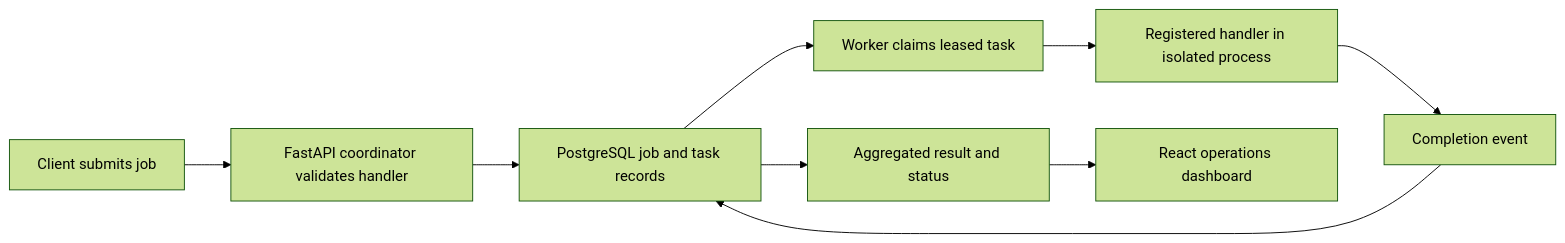
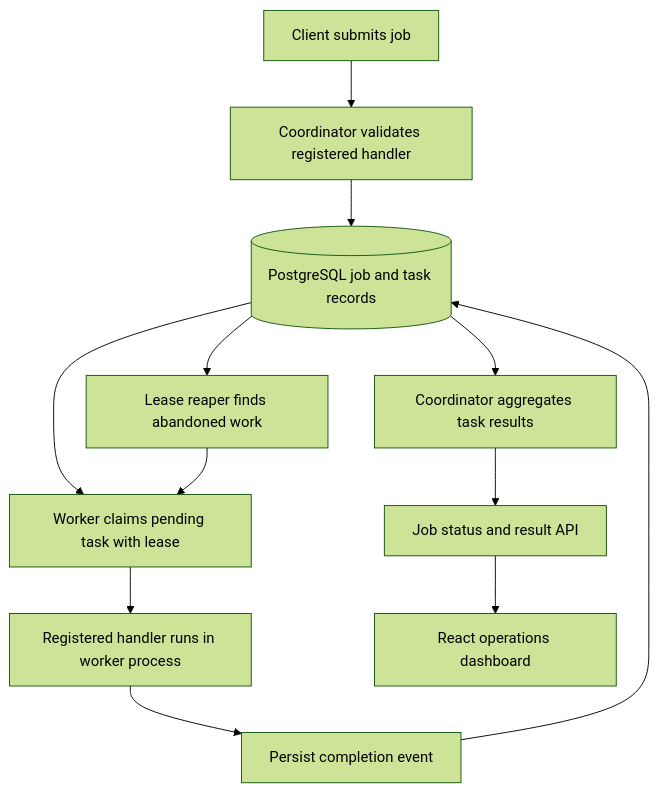
Before and after one commit to nihalmachhi/MeshCompute: the diagram in README.md, drawn with Mermaid (forest theme).

Commit message:
docs: expand README architecture diagram

````diff
--- a/README.md
+++ b/README.md
@@ -13,11 +13,14 @@
 ```mermaid
-flowchart LR
-  A[Client submits job] --> B[FastAPI coordinator validates handler]
-  B --> C[PostgreSQL job and task records]
-  C --> D[Worker claims leased task]
-  D --> E[Registered handler in isolated process]
-  E --> F[Completion event]
+flowchart TD
+  A[Client submits job] --> B[Coordinator validates registered handler]
+  B --> C[(PostgreSQL job and task records)]
+  C --> D[Worker claims pending task with lease]
+  D --> E[Registered handler runs in worker process]
+  E --> F[Persist completion event]
   F --> C
-  C --> G[Aggregated result and status]
-  G --> H[React operations dashboard]
+  C --> G[Coordinator aggregates task results]
+  G --> H[Job status and result API]
+  H --> I[React operations dashboard]
+  C --> J[Lease reaper finds abandoned work]
+  J --> D
 ```
````
